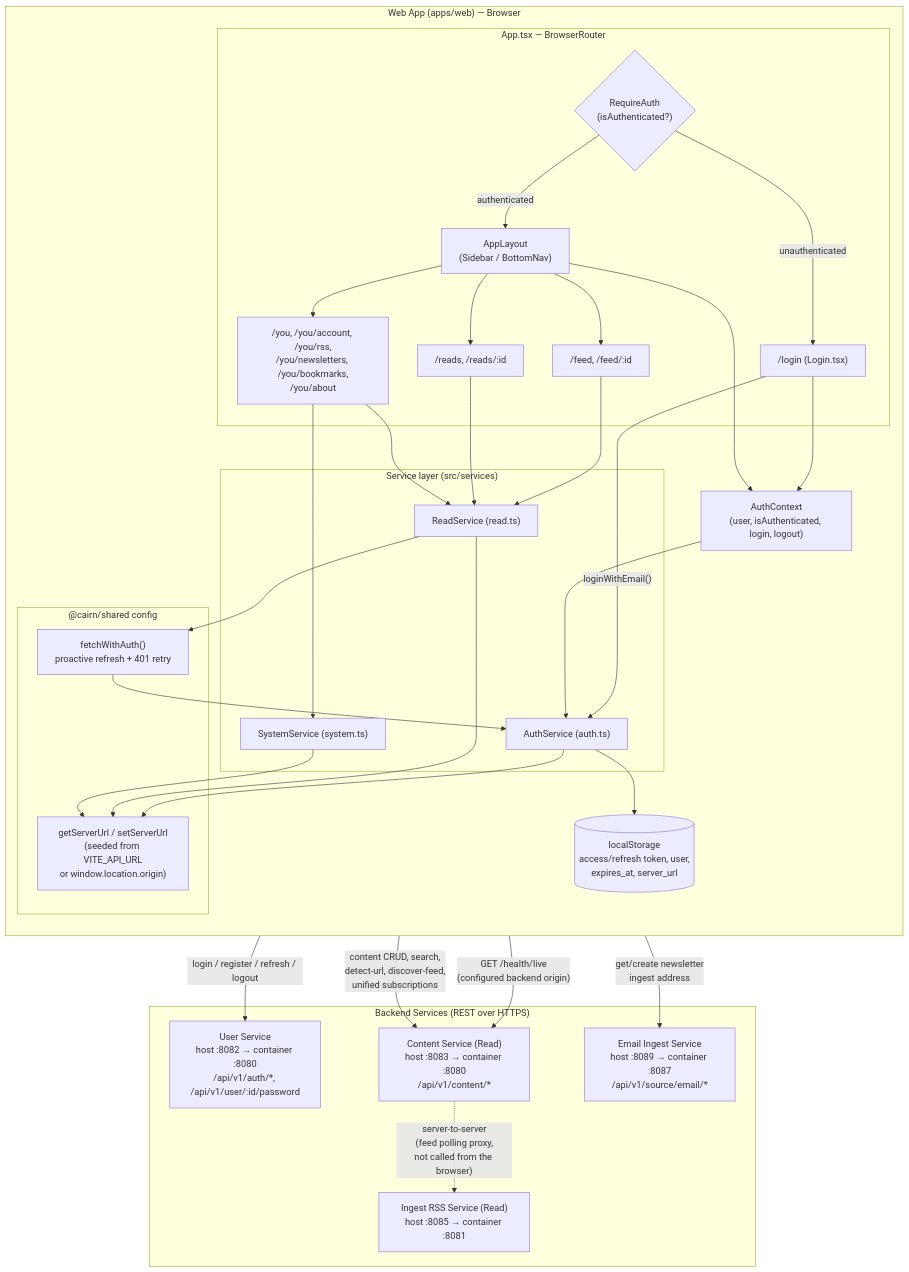
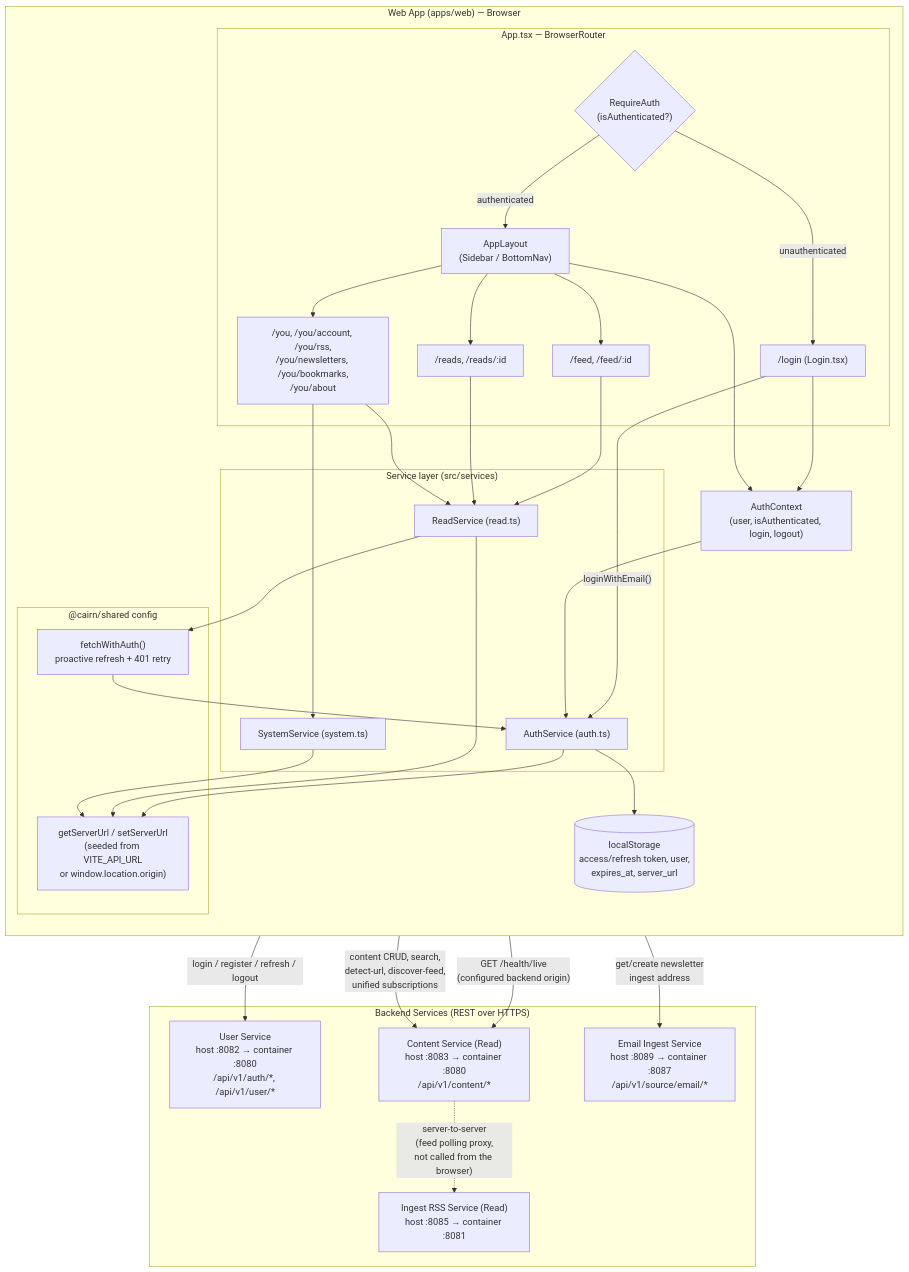
One commit to andrew-craig/cairn-reader changed the third of 8 diagrams in docs/ARCHITECTURE.md. Above: the diagram before and after it, drawn with Mermaid. The commit also changed other lines of this file and 50 other files, not shown here.

````diff
--- a/docs/ARCHITECTURE.md
+++ b/docs/ARCHITECTURE.md
@@ -209,64 +207,64 @@
 ```mermaid
 flowchart TB
     subgraph Browser["Web App (apps/web) — Browser"]
         direction TB
 
         subgraph Routing["App.tsx — BrowserRouter"]
             Login["/login (Login.tsx)"]
             RequireAuth{"RequireAuth<br/>(isAuthenticated?)"}
             AppLayout["AppLayout<br/>(Sidebar / BottomNav)"]
             Feed["/feed, /feed/:id"]
             Reads["/reads, /reads/:id"]
             You["/you, /you/account, /you/rss,<br/>/you/newsletters, /you/bookmarks,<br/>/you/about"]
         end
 
         AuthCtx["AuthContext<br/>(user, isAuthenticated, login, logout)"]
 
         subgraph Services["Service layer (src/services)"]
             AuthSvc["AuthService (auth.ts)"]
             ReadSvc["ReadService (read.ts)"]
             SystemSvc["SystemService (system.ts)"]
         end
 
         subgraph SharedCfg["@cairn/shared config"]
             ServerUrl["getServerUrl / setServerUrl<br/>(seeded from VITE_API_URL<br/>or window.location.origin)"]
             FetchAuth["fetchWithAuth()<br/>proactive refresh + 401 retry"]
         end
 
         LS[("localStorage<br/>access/refresh token, user,<br/>expires_at, server_url")]
 
         Login -->|"loginWithEmail()"| AuthSvc
         RequireAuth -->|unauthenticated| Login
         RequireAuth -->|authenticated| AppLayout
         AppLayout --> Feed & Reads & You
 
         Feed --> ReadSvc
         Reads --> ReadSvc
         You --> ReadSvc
         You --> SystemSvc
 
         Login --> AuthCtx
         AppLayout --> AuthCtx
         AuthCtx --> AuthSvc
         AuthSvc --> LS
         AuthSvc --> ServerUrl
 
         ReadSvc --> FetchAuth
         FetchAuth --> AuthSvc
         ReadSvc --> ServerUrl
         SystemSvc --> ServerUrl
     end
 
     subgraph Backend["Backend Services (REST over HTTPS)"]
-        UserSvc["User Service<br/>host :8082 → container :8080<br/>/api/v1/auth/*, /api/v1/user/:id/password"]
+        UserSvc["User Service<br/>host :8082 → container :8080<br/>/api/v1/auth/*, /api/v1/user/*"]
         ContentSvc["Content Service (Read)<br/>host :8083 → container :8080<br/>/api/v1/content/*"]
         RssSvc["Ingest RSS Service (Read)<br/>host :8085 → container :8081"]
         EmailSvc["Email Ingest Service<br/>host :8089 → container :8087<br/>/api/v1/source/email/*"]
     end
 
     AuthSvc -->|"login / register / refresh / logout"| UserSvc
     ReadSvc -->|"content CRUD, search,<br/>detect-url, discover-feed,<br/>unified subscriptions"| ContentSvc
     ReadSvc -->|"get/create newsletter<br/>ingest address"| EmailSvc
     SystemSvc -->|"GET /health/live<br/>(configured backend origin)"| ContentSvc
     ContentSvc -.->|"server-to-server<br/>(feed polling proxy,<br/>not called from the browser)"| RssSvc
 ```
````
